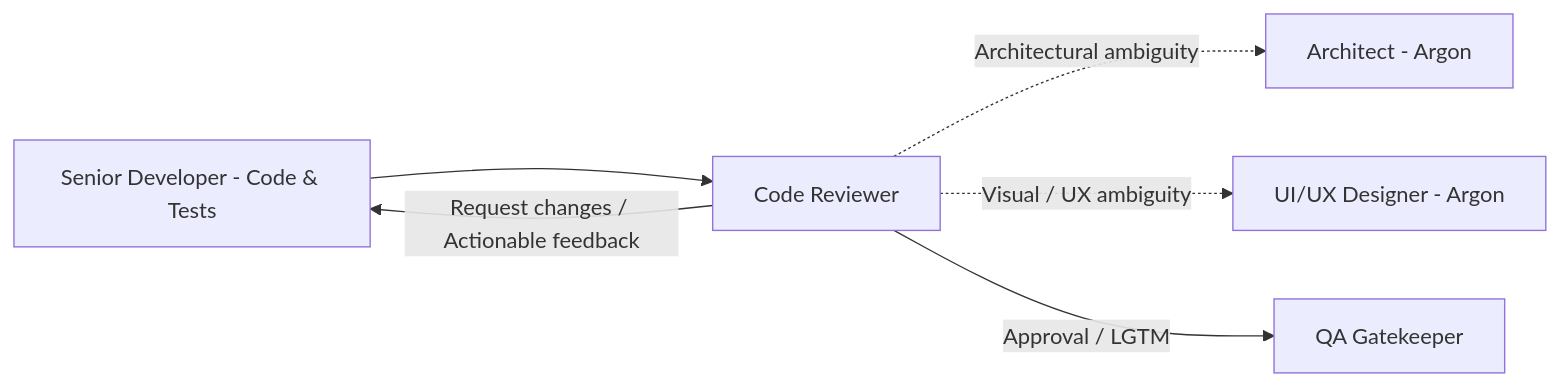
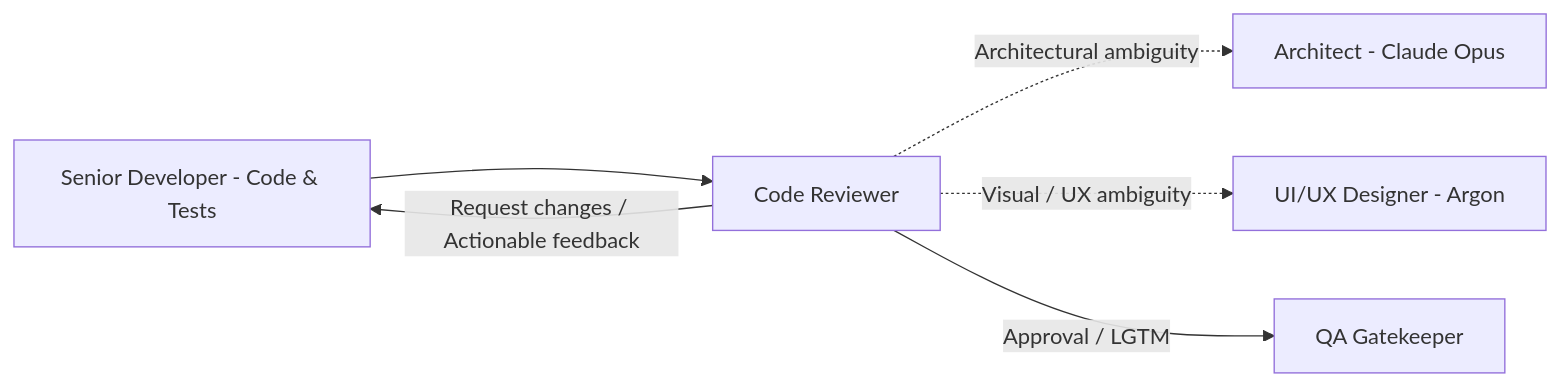
The diagram in docs/ai/agents/code-reviewer.md (AdamBoczula/budget-fort-pwa), drawn with Mermaid before and after one commit. The commit also changed other lines of this file and 73 other files, not shown here.

````diff
--- a/docs/ai/agents/code-reviewer.md
+++ b/docs/ai/agents/code-reviewer.md
@@ -18,8 +18,8 @@
 ```mermaid
 flowchart LR
     Dev[Senior Developer - Code & Tests] --> Reviewer[Code Reviewer]
-    Reviewer -.->|Architectural ambiguity| Arch[Architect - Argon]
+    Reviewer -.->|Architectural ambiguity| Arch[Architect - Claude Opus]
     Reviewer -.->|Visual / UX ambiguity| UX[UI/UX Designer - Argon]
     Reviewer -->|Request changes / Actionable feedback| Dev
     Reviewer -->|Approval / LGTM| QA[QA Gatekeeper]
 ```
````
